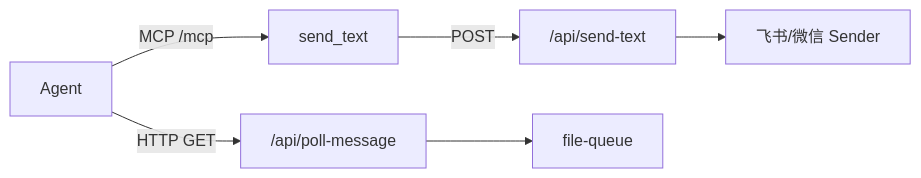
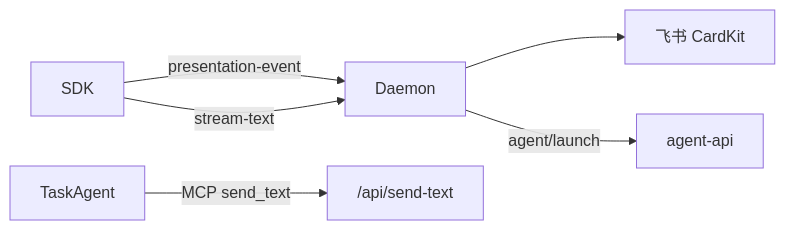
One commit to lk-eternal/cursor-claw changed the diagram in knowledge/工程平台/Daemon守护进程/02-HTTP与MCP服务.md. Above: the diagram before and after it, drawn with Mermaid. The commit also changed other lines of this file and 33 other files, not shown here.

````diff
--- a/knowledge/工程平台/Daemon守护进程/02-HTTP与MCP服务.md
+++ b/knowledge/工程平台/Daemon守护进程/02-HTTP与MCP服务.md
@@ -24,8 +23,8 @@
 ```mermaid
 flowchart LR
-  Agent -->|MCP /mcp| ST[send_text]
-  ST -->|POST| API["/api/send-text"]
-  API --> FS[飞书/微信 Sender]
-  Agent -->|HTTP GET| Poll["/api/poll-message"]
-  Poll --> FQ[file-queue]
+  SDK -->|presentation-event| D[Daemon]
+  D --> CardKit[飞书 CardKit]
+  SDK -->|stream-text| D
+  D -->|agent/launch| API[agent-api]
+  TaskAgent -->|MCP send_text| API2["/api/send-text"]
 ```
````
